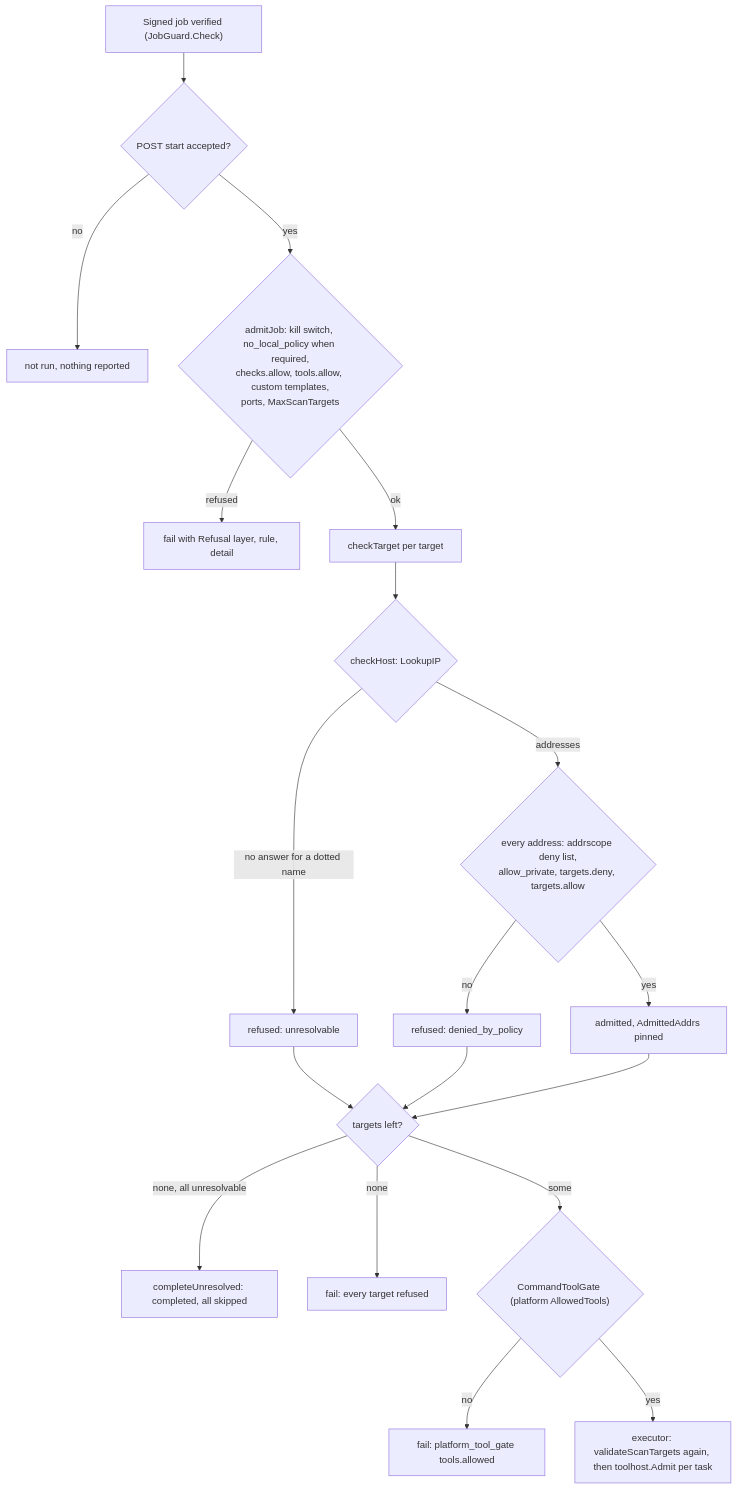
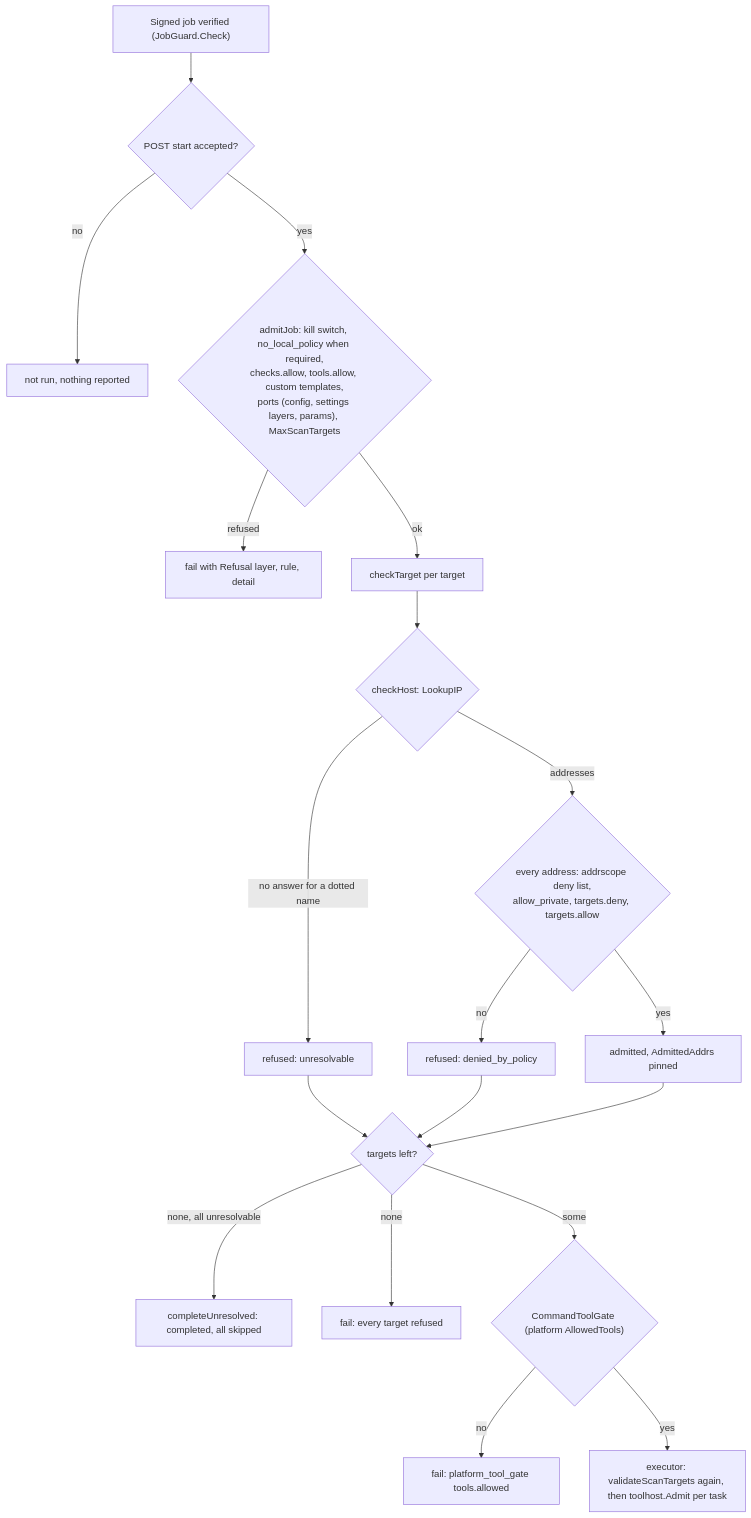
The first of 2 diagrams in docs/SECURITY.md (openctemio/sdk-go), drawn with Mermaid before and after one commit. The commit also changed other lines of this file and 15 other files, not shown here.

First line of the commit message:
fix(core): check ports.allow in settings layers, more setting names, URL schemes and at the egress forwarder (#499)

````diff
--- a/docs/SECURITY.md
+++ b/docs/SECURITY.md
@@ -265,19 +265,19 @@
 ```mermaid
 flowchart TD
     J["Signed job verified (JobGuard.Check)"] --> ST{"POST start accepted?"}
     ST -- "no" --> NR["not run, nothing reported"]
-    ST -- "yes" --> AJ{"admitJob: kill switch, no_local_policy when required,<br/>checks.allow, tools.allow, custom templates,<br/>ports, MaxScanTargets"}
+    ST -- "yes" --> AJ{"admitJob: kill switch, no_local_policy when required,<br/>checks.allow, tools.allow, custom templates,<br/>ports (config, settings layers, params), MaxScanTargets"}
     AJ -- "refused" --> F1["fail with Refusal layer, rule, detail"]
     AJ -- "ok" --> PT["checkTarget per target"]
     PT --> R{"checkHost: LookupIP"}
     R -- "no answer for a dotted name" --> U["refused: unresolvable"]
     R -- "addresses" --> A{"every address: addrscope deny list,<br/>allow_private, targets.deny, targets.allow"}
     A -- "no" --> D["refused: denied_by_policy"]
     A -- "yes" --> P["admitted, AdmittedAddrs pinned"]
     U & D & P --> L{"targets left?"}
     L -- "none, all unresolvable" --> CU["completeUnresolved: completed, all skipped"]
     L -- "none" --> F2["fail: every target refused"]
     L -- "some" --> TG{"CommandToolGate (platform AllowedTools)"}
     TG -- "no" --> F3["fail: platform_tool_gate tools.allowed"]
     TG -- "yes" --> EX["executor: validateScanTargets again, then toolhost.Admit per task"]
 ```
````
